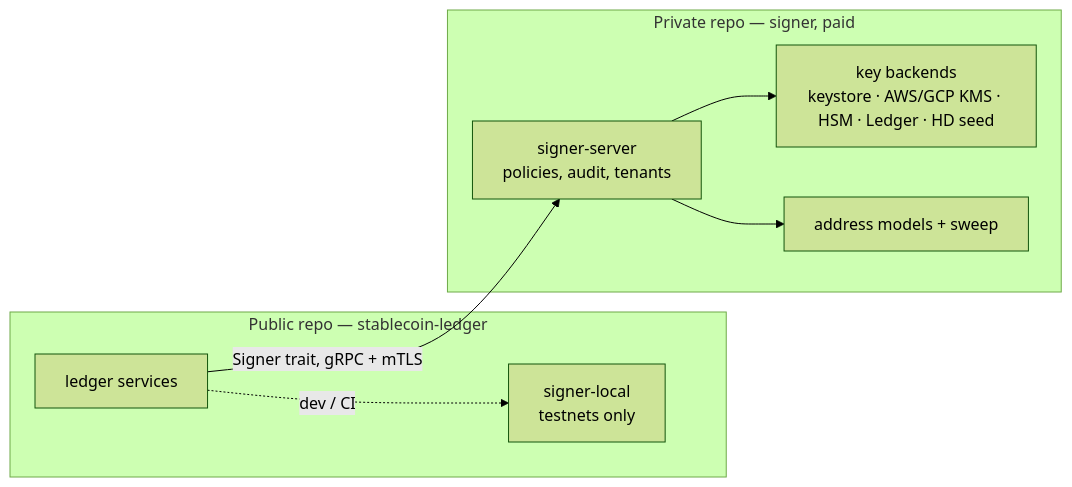
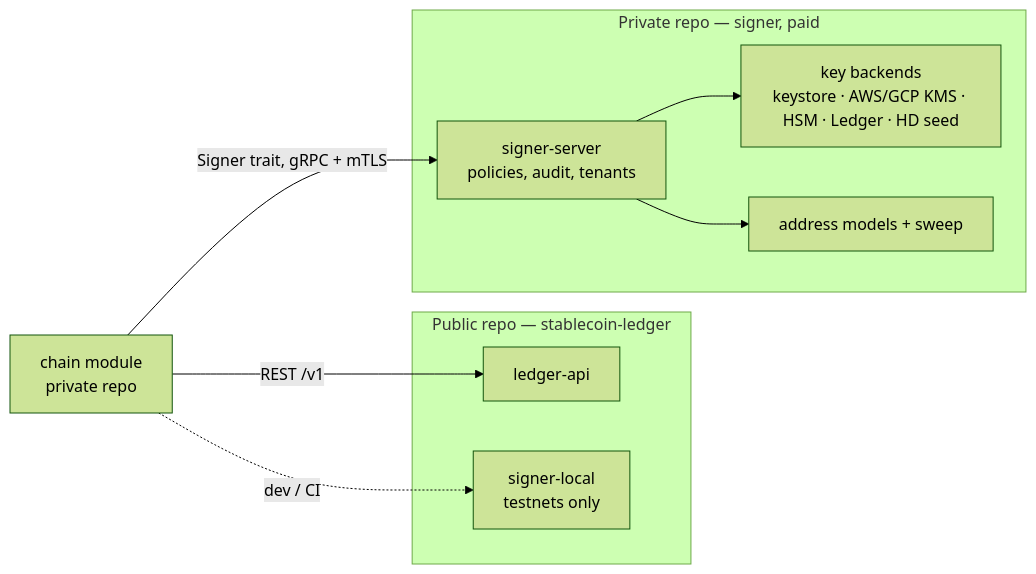
Before and after one commit to Next-Vector/stablecoin-ledger: the fifth of 5 diagrams in docs/architecture.md, drawn with Mermaid (forest theme). The commit also changed other lines of this file and 10 other files, not shown here.

Commit message:
chore: remove chain-watcher, withdrawer and reconciler from the ledger (#64)

````diff
--- a/docs/architecture.md
+++ b/docs/architecture.md
@@ -154,16 +148,18 @@
 ```mermaid
 flowchart LR
     subgraph public [Public repo — stablecoin-ledger]
-        ledger[ledger services]
+        ledger[ledger-api]
         local[signer-local<br/>testnets only]
     end
+    chain[chain module<br/>private repo]
     subgraph private [Private repo — signer, paid]
         srv[signer-server<br/>policies, audit, tenants]
         keys["key backends<br/>keystore · AWS/GCP KMS · HSM · Ledger · HD seed"]
         addr[address models + sweep]
     end
-    ledger -- "Signer trait, gRPC + mTLS" --> srv
-    ledger -. dev / CI .-> local
+    chain -- "REST /v1" --> ledger
+    chain -- "Signer trait, gRPC + mTLS" --> srv
+    chain -. dev / CI .-> local
     srv --> keys
     srv --> addr
 ```
````
